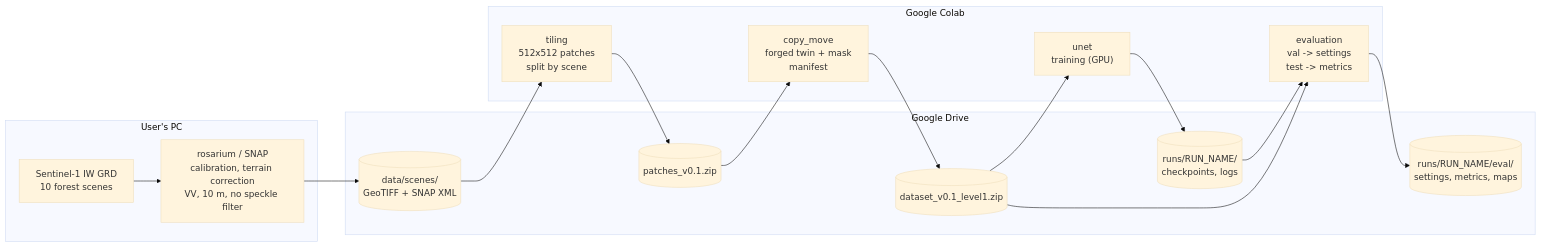
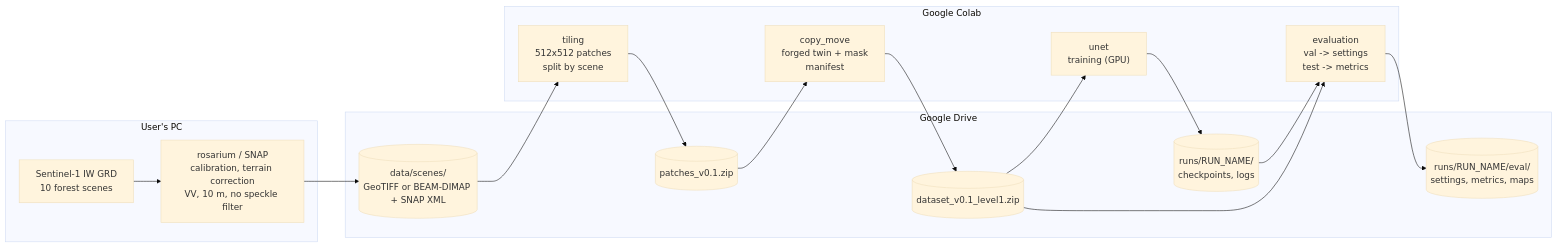
Before and after one commit to bonlieuguillaume/aletheia: the first of 7 diagrams in docs/architecture_v0.1.md, drawn with Mermaid (base theme). The commit also changed 11 other files, not shown here.

First line of the commit message:
sar_io, tiling: read a scene as GeoTIFF or as a BEAM-DIMAP band

````diff
--- a/docs/architecture_v0.1.md
+++ b/docs/architecture_v0.1.md
@@ -15,24 +15,24 @@
 ```mermaid
 flowchart LR
     subgraph PC["User's PC"]
         S1["Sentinel-1 IW GRD<br/>10 forest scenes"] --> SNAP["rosarium / SNAP<br/>calibration, terrain correction<br/>VV, 10 m, no speckle filter"]
     end
 
     subgraph DRIVE["Google Drive"]
-        SCENES[("data/scenes/<br/>GeoTIFF + SNAP XML")]
+        SCENES[("data/scenes/<br/>GeoTIFF or BEAM-DIMAP + SNAP XML")]
         PZIP[("patches_v0.1.zip")]
         DZIP[("dataset_v0.1_level1.zip")]
         RUN[("runs/RUN_NAME/<br/>checkpoints, logs")]
         EVAL[("runs/RUN_NAME/eval/<br/>settings, metrics, maps")]
     end
 
     subgraph COLAB["Google Colab"]
         TILING["tiling<br/>512x512 patches<br/>split by scene"]
         CM["copy_move<br/>forged twin + mask<br/>manifest"]
         TRAIN["unet<br/>training (GPU)"]
         EV["evaluation<br/>val -> settings<br/>test -> metrics"]
     end
 
     SNAP --> SCENES --> TILING --> PZIP --> CM --> DZIP --> TRAIN --> RUN --> EV --> EVAL
     DZIP --> EV
 ```
````
